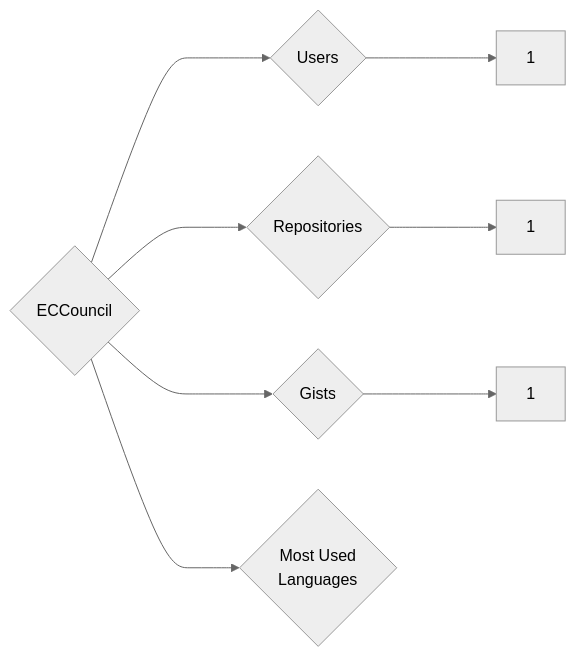
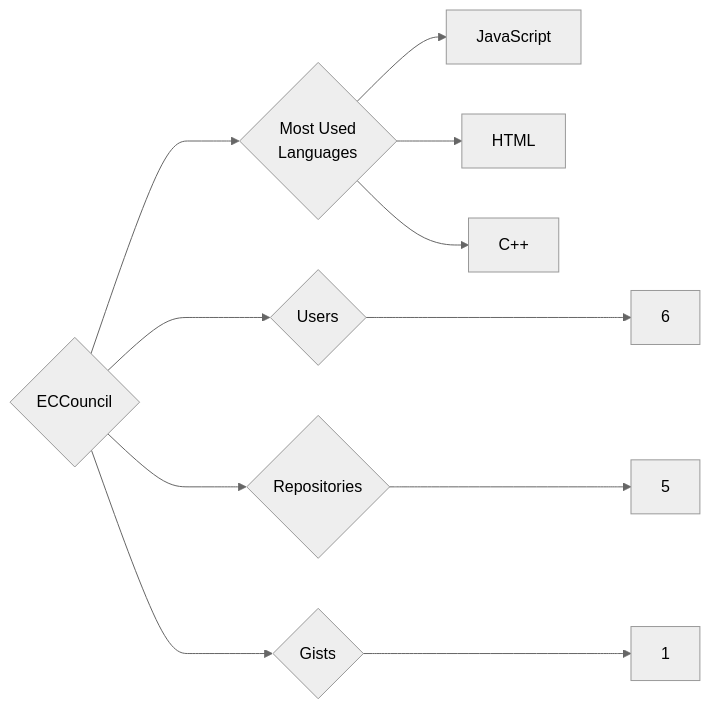
Before and after one commit to trickest/insiders: the diagram in targets/ECCouncil/README.md, drawn with Mermaid (neutral theme). The commit also changed 1149 other files, not shown here.

````diff
--- a/targets/ECCouncil/README.md
+++ b/targets/ECCouncil/README.md
@@ -3,8 +3,11 @@
 ```mermaid
 graph LR
 COMPANY_NAME{ECCouncil}
-COMPANY_NAME ---> U{Users} ---> UN[1]
-COMPANY_NAME ---> R{Repositories} ---> RN[1]
+COMPANY_NAME ---> U{Users} ---> UN[6]
+COMPANY_NAME ---> R{Repositories} ---> RN[5]
 COMPANY_NAME ---> G{Gists} ---> GN[1]
 COMPANY_NAME ---> ML{Most Used<br>Languages}
+ML --> JavaScript[JavaScript]
+ML --> HTML[HTML]
+ML --> C++[C++]
 ```
````
